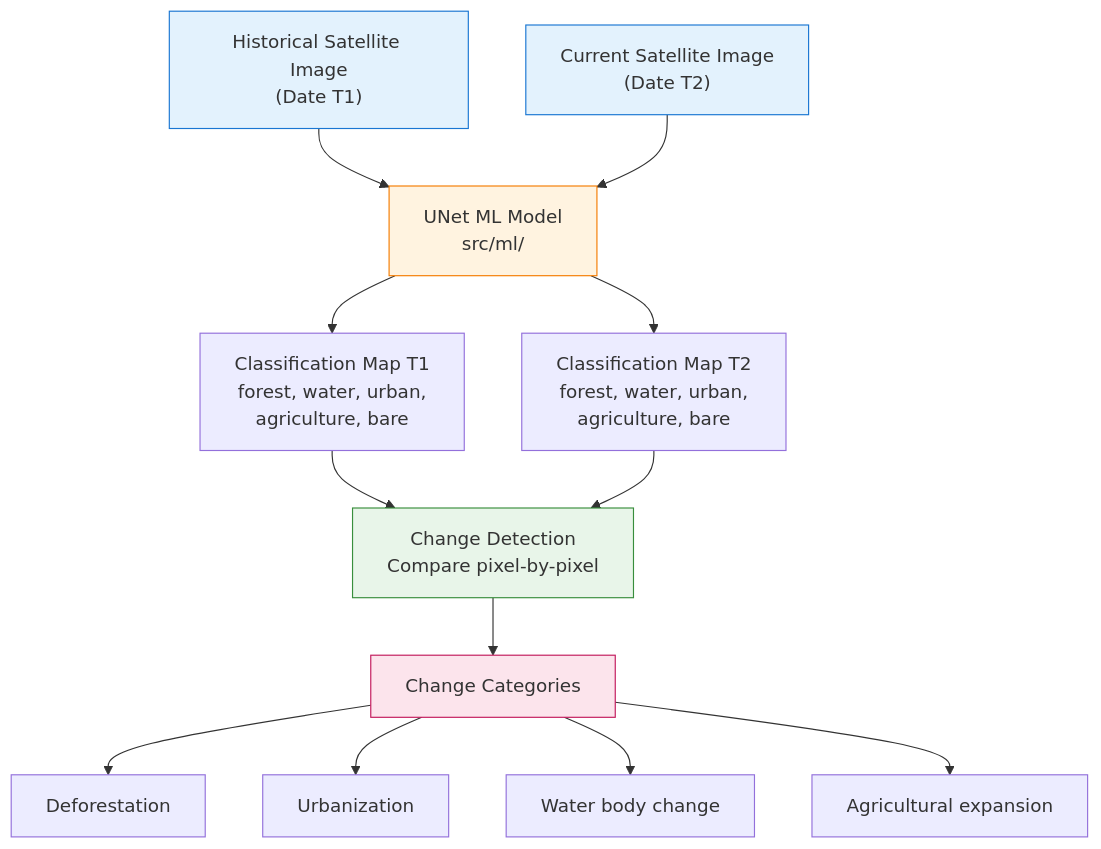
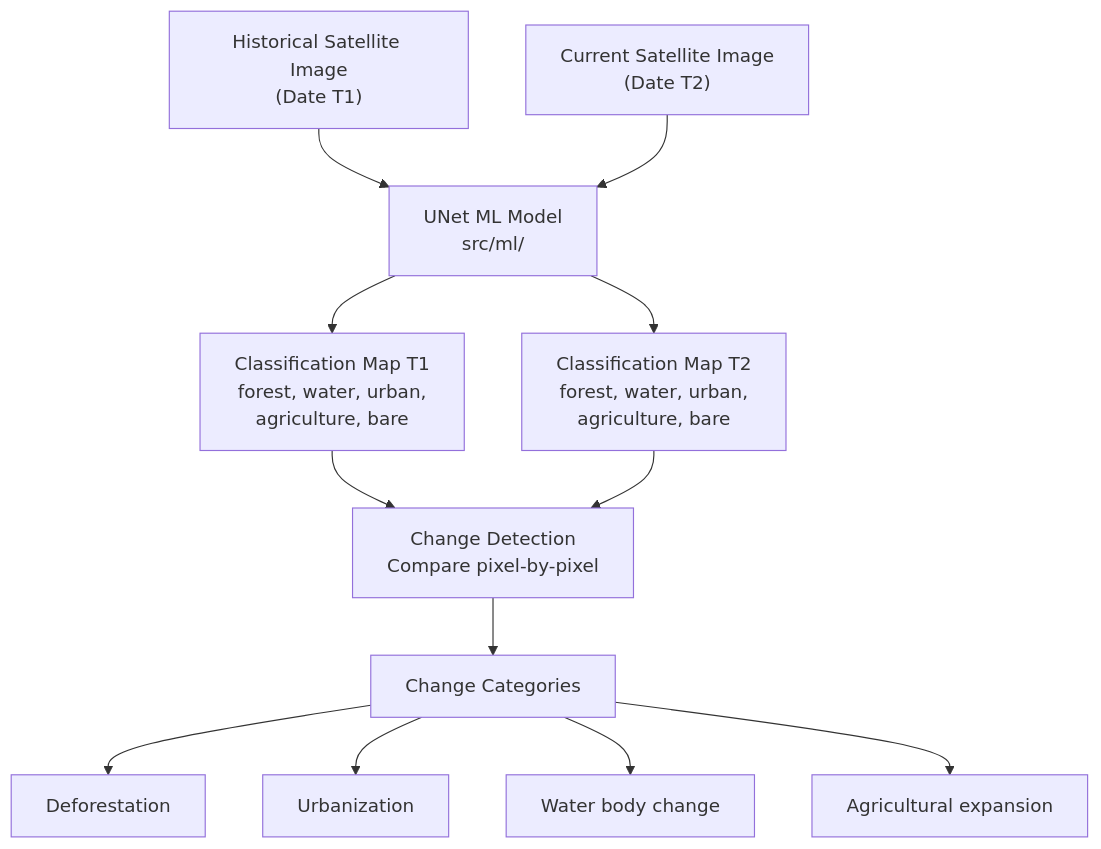
One commit to ArrinPaul/Kisan-Portal changed the ninth of 13 diagrams in README.md. Above: the diagram before and after it, drawn with Mermaid. The commit also changed other lines of this file and 3 other files, not shown here.

````diff
--- a/README.md
+++ b/README.md
@@ -472,23 +429,17 @@
 ```mermaid
 flowchart TB
     A["Historical Satellite Image<br/>(Date T1)"] --> B["UNet ML Model<br/>src/ml/"]
     C["Current Satellite Image<br/>(Date T2)"] --> B
 
     B --> D["Classification Map T1<br/>forest, water, urban,<br/>agriculture, bare"]
     B --> E["Classification Map T2<br/>forest, water, urban,<br/>agriculture, bare"]
 
     D --> F["Change Detection<br/>Compare pixel-by-pixel"]
     E --> F
 
     F --> G["Change Categories"]
     G --> H["Deforestation"]
     G --> I["Urbanization"]
     G --> J["Water body change"]
     G --> K["Agricultural expansion"]
-
-    style A fill:#e3f2fd,stroke:#1976d2
-    style C fill:#e3f2fd,stroke:#1976d2
-    style B fill:#fff3e0,stroke:#f57c00
-    style F fill:#e8f5e9,stroke:#388e3c
-    style G fill:#fce4ec,stroke:#c2185b
 ```
````
